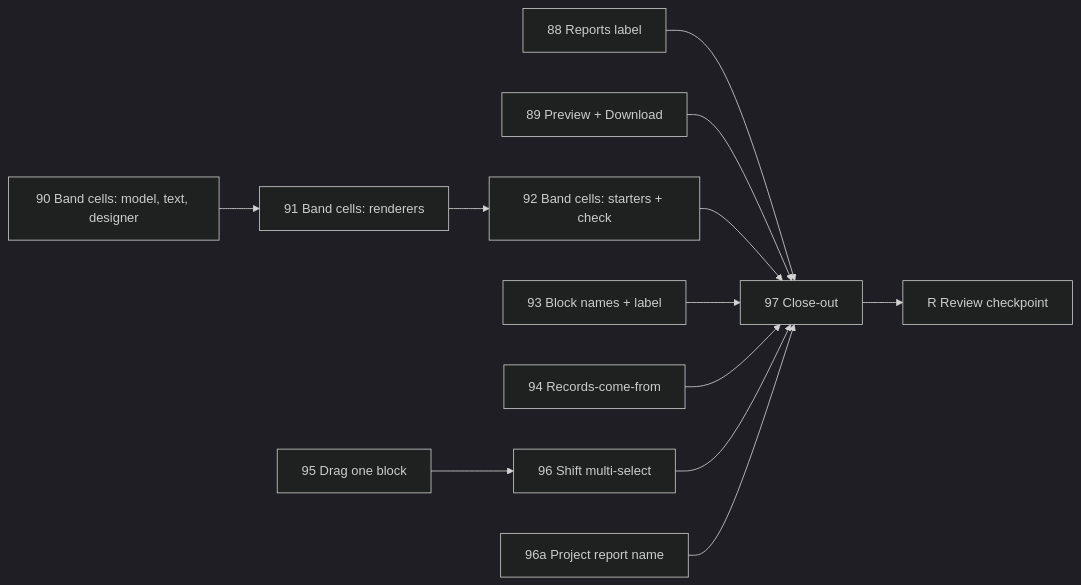
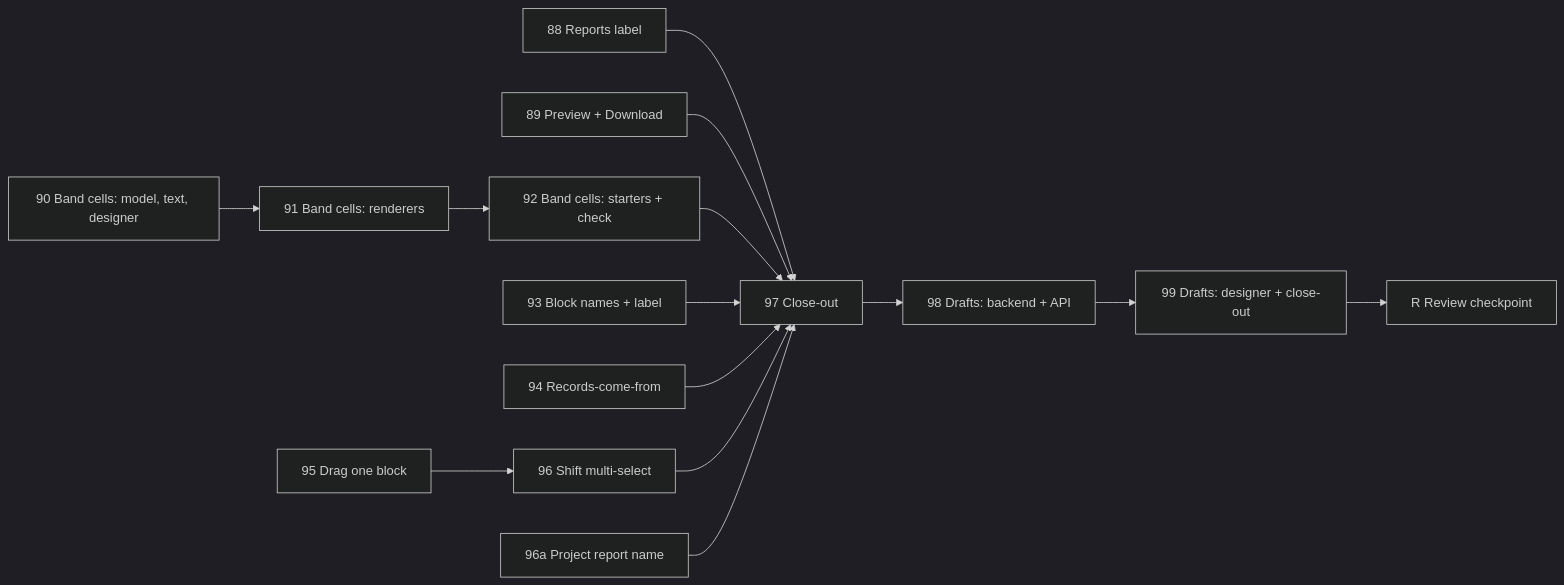
Before and after one commit to ballardr/reqtrackmanager: the seventh of 7 diagrams in docs/plans/module-10-reporting-and-analysis-plan.md, drawn with Mermaid (dark theme). The commit also changed other lines of this file and 30 other files, not shown here.

````diff
--- a/docs/plans/module-10-reporting-and-analysis-plan.md
+++ b/docs/plans/module-10-reporting-and-analysis-plan.md
@@ -1168,11 +1173,11 @@
 ```mermaid
 flowchart LR
     P88["88 Reports label"] --> P97
     P89["89 Preview + Download"] --> P97
     P90["90 Band cells: model, text, designer"] --> P91["91 Band cells: renderers"] --> P92["92 Band cells: starters + check"] --> P97
     P93["93 Block names + label"] --> P97
     P94["94 Records-come-from"] --> P97
     P95["95 Drag one block"] --> P96["96 Shift multi-select"] --> P97["97 Close-out"]
     P96a["96a Project report name"] --> P97
-    P97 --> R["R Review checkpoint"]
+    P97 --> P98["98 Drafts: backend + API"] --> P99["99 Drafts: designer + close-out"] --> R["R Review checkpoint"]
 ```
````
